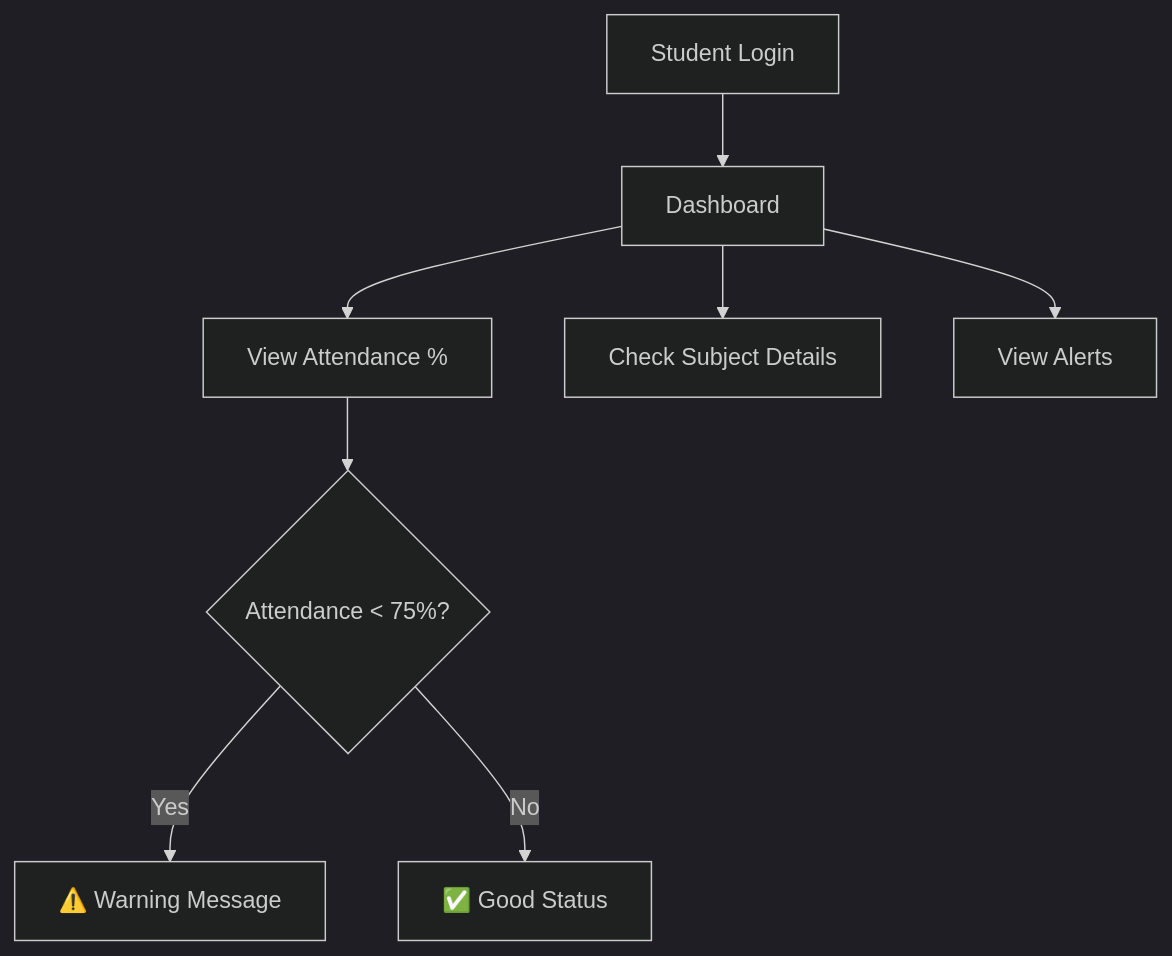
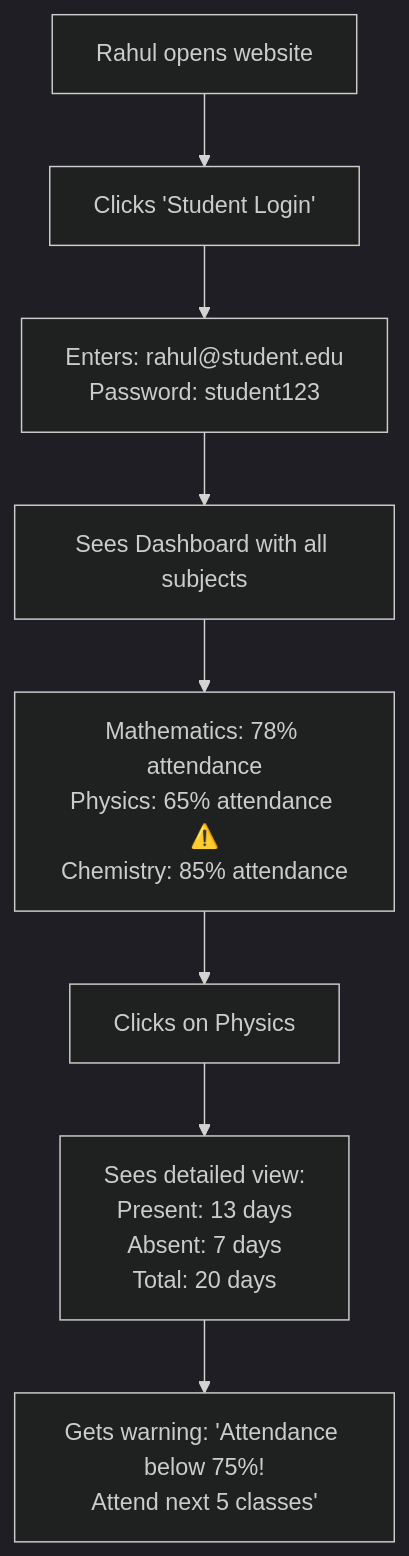
One commit to shahdhairyah/Attendance-system changed the first of 3 diagrams in README.md. Above: the diagram before and after it, drawn with Mermaid (dark theme). The commit also changed other lines of this file, not shown here.

````diff
--- a/README.md
+++ b/README.md
@@ -37,10 +60,10 @@
 ```mermaid
 flowchart TD
-    A[Student Login] --> B[Dashboard]
-    B --> C[View Attendance %]
-    B --> D[Check Subject Details]
-    B --> E[View Alerts]
-    C --> F{Attendance < 75%?}
-    F -->|Yes| G[⚠️ Warning Message]
-    F -->|No| H[✅ Good Status]
+    A[Rahul opens website] --> B[Clicks 'Student Login']
+    B --> C[Enters: rahul@student.edu<br/>Password: student123]
+    C --> D[Sees Dashboard with all subjects]
+    D --> E[Mathematics: 78% attendance<br/>Physics: 65% attendance ⚠️<br/>Chemistry: 85% attendance]
+    E --> F[Clicks on Physics]
+    F --> G[Sees detailed view:<br/>Present: 13 days<br/>Absent: 7 days<br/>Total: 20 days]
+    G --> H[Gets warning: 'Attendance below 75%!<br/>Attend next 5 classes']
 ```
````
